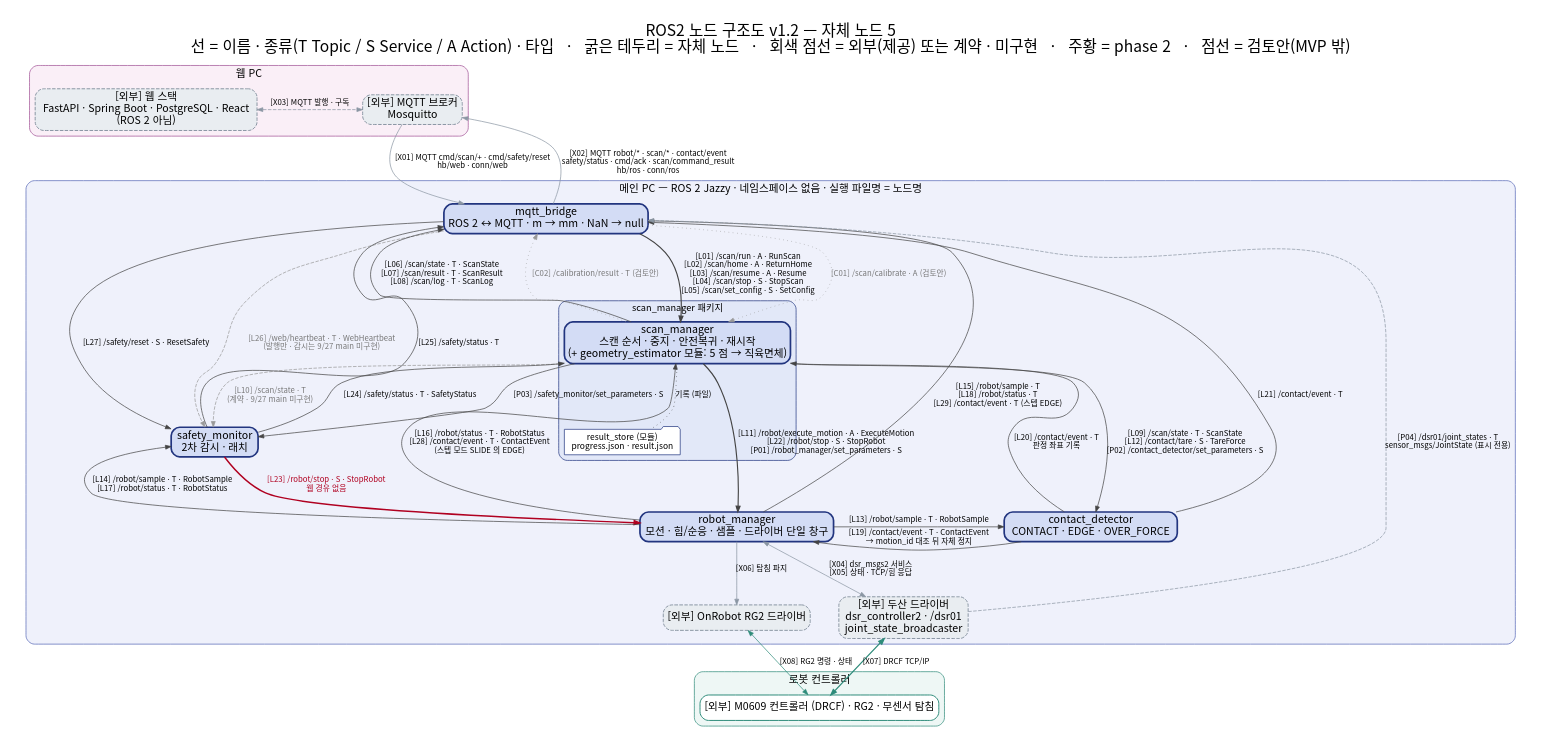
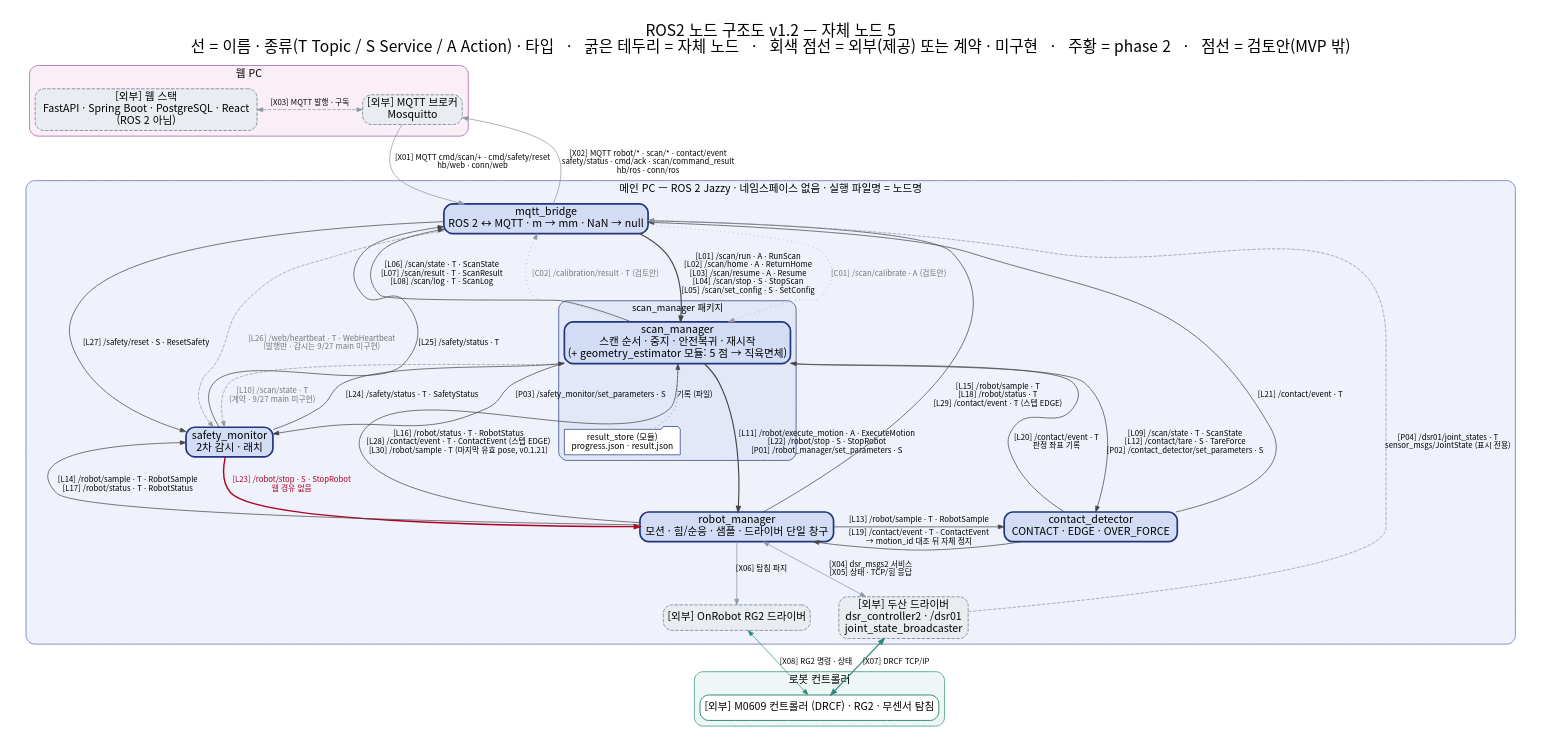
The diagram in docs/deliverables/06-node-graph-no-phase2.dot (yujh5537/rokey_cobot1_Weld-Made), drawn with Graphviz before and after one commit. The commit also changed 27 other files, not shown here.

```diff
--- a/docs/deliverables/06-node-graph-no-phase2.dot
+++ b/docs/deliverables/06-node-graph-no-phase2.dot
@@ -1,86 +1,86 @@
 // 06 ROS2 노드 구조도 v1.2 — 원본 텍스트. png 는 figures.py 가 dot 으로 만든다(phase 2 를 뺀 판도).
 // 출발: docs/design/contact-scan-node-diagram-v1.1.md · .drawio (40 선, 고치지 않음)
 // 근거: docs/contracts/ros-interfaces.md 2장(v0.1.15 스텝 모드 EDGE · v0.1.19~20 /dsr01/joint_states) · mqtt-schema.md 2장
 //       docs/phase2/weld-ros-interfaces.md 2장 · weld-mqtt-schema.md 1장 (계약 v0.2.0)
 // 선 라벨의 [L..] [P..] [X..] [C..] [W..] 는 06-node-graph.md 연결 표의 번호다. 같은 두 노드 사이의 같은 방향 선은 한 화살표에 모았다.
 digraph nodes {
   graph [rankdir=TB, fontname="Noto Sans CJK KR", fontsize=22, nodesep=0.55, ranksep=0.75, newrank=true, compound=true, pad=0.3, splines=true,
          label="ROS2 노드 구조도 v1.2 — 자체 노드 5\n선 = 이름 · 종류(T Topic / S Service / A Action) · 타입   ·   굵은 테두리 = 자체 노드   ·   회색 점선 = 외부(제공) 또는 계약 · 미구현   ·   주황 = phase 2   ·   점선 = 검토안(MVP 밖)", labelloc=t];
   node  [fontname="Noto Sans CJK KR", fontsize=15, shape=box, style="rounded,filled", fillcolor="#D3DCF5", color="#22357F", penwidth=2.4];
   edge  [fontname="Noto Sans CJK KR", fontsize=11, color="#444444", arrowsize=0.8];
 
   subgraph cluster_web {
     label="웹 PC"; style="rounded,filled"; fillcolor="#FAEFF7"; color="#A05195"; fontsize=15;
     webstack [label="[외부] 웹 스택\nFastAPI · Spring Boot · PostgreSQL · React\n(ROS 2 아님)", fillcolor="#E9EDF1", color="#8A96A3", style="rounded,filled,dashed", penwidth=1.4];
     broker   [label="[외부] MQTT 브로커\nMosquitto", fillcolor="#E9EDF1", color="#8A96A3", style="rounded,filled,dashed", penwidth=1.4];
   }
 
   subgraph cluster_main {
     label="메인 PC — ROS 2 Jazzy · 네임스페이스 없음 · 실행 파일명 = 노드명"; style="rounded,filled"; fillcolor="#EFF1FB"; color="#5566B5"; fontsize=15;
     bridge [label="mqtt_bridge\nROS 2 ↔ MQTT · m → mm · NaN → null"];
     subgraph cluster_sm {
       label="scan_manager 패키지"; style="rounded,filled"; fillcolor="#E2E8F8"; color="#22357F"; fontsize=13;
       sm    [label="scan_manager\n스캔 순서 · 중지 · 안전복귀 · 재시작\n(+ geometry_estimator 모듈: 5 점 → 직육면체)"];
       store [label="result_store (모듈)\nprogress.json · result.json", shape=folder, fillcolor="#FFFFFF", penwidth=1, fontsize=12];
     }
     saf  [label="safety_monitor\n2차 감시 · 래치"];
     cd   [label="contact_detector\nCONTACT · EDGE · OVER_FORCE"];
     rm   [label="robot_manager\n모션 · 힘/순응 · 샘플 · 드라이버 단일 창구"];
     dsr  [label="[외부] 두산 드라이버\ndsr_controller2 · /dsr01\njoint_state_broadcaster", fillcolor="#E9EDF1", color="#8A96A3", style="rounded,filled,dashed", penwidth=1.4];
     rg2d [label="[외부] OnRobot RG2 드라이버", fillcolor="#E9EDF1", color="#8A96A3", style="rounded,filled,dashed", penwidth=1.4];
   }
 
   subgraph cluster_robot {
     label="로봇 컨트롤러"; style="rounded,filled"; fillcolor="#EEF7F5"; color="#2E8B7A"; fontsize=15;
     ctrl [label="[외부] M0609 컨트롤러 (DRCF) · RG2 · 무센서 탐침", fillcolor="#FFFFFF", color="#2E8B7A", penwidth=1.4];
   }
 
   // ── 외부 · MQTT ──
   webstack -> broker [label="[X03] MQTT 발행 · 구독", dir=both, color="#8A96A3", style=dashed];
   broker -> bridge   [label="[X01] MQTT cmd/scan/+ · cmd/safety/reset\nhb/web · conn/web", color="#8A96A3"];
   bridge -> broker   [label="[X02] MQTT robot/* · scan/* · contact/event\nsafety/status · cmd/ack · scan/command_result\nhb/ros · conn/ros", color="#8A96A3"];
 
   // ── 명령 · 표시 (mqtt_bridge ↔ scan_manager) ──
   bridge -> sm [label="[L01] /scan/run · A · RunScan\n[L02] /scan/home · A · ReturnHome\n[L03] /scan/resume · A · Resume\n[L04] /scan/stop · S · StopScan\n[L05] /scan/set_config · S · SetConfig", penwidth=1.6];
   sm -> bridge [label="[L06] /scan/state · T · ScanState\n[L07] /scan/result · T · ScanResult\n[L08] /scan/log · T · ScanLog"];
   bridge -> sm [label="[C01] /scan/calibrate · A (검토안)", style=dotted, color="#999999", fontcolor="#777777"];
   sm -> bridge [label="[C02] /calibration/result · T (검토안)", style=dotted, color="#999999", fontcolor="#777777"];
 
   // ── scan_manager → 다른 노드 ──
   sm -> rm  [label="[L11] /robot/execute_motion · A · ExecuteMotion\n[L22] /robot/stop · S · StopRobot\n[P01] /robot_manager/set_parameters · S", penwidth=1.6];
   sm -> cd  [label="[L09] /scan/state · T · ScanState\n[L12] /contact/tare · S · TareForce\n[P02] /contact_detector/set_parameters · S"];
   sm -> saf [label="[P03] /safety_monitor/set_parameters · S"];
   sm -> saf [label="[L10] /scan/state · T\n(계약 · 9/27 main 미구현)", style=dashed, color="#999999", fontcolor="#777777"];
   sm -> store [label="기록 (파일)", style=dotted, arrowhead=none];
 
   // ── robot_manager → ──
   rm -> cd     [label="[L13] /robot/sample · T · RobotSample"];
   rm -> saf    [label="[L14] /robot/sample · T · RobotSample\n[L17] /robot/status · T · RobotStatus"];
-  rm -> sm     [label="[L16] /robot/status · T · RobotStatus\n[L28] /contact/event · T · ContactEvent\n(스텝 모드 SLIDE 의 EDGE)"];
+  rm -> sm     [label="[L16] /robot/status · T · RobotStatus\n[L28] /contact/event · T · ContactEvent (스텝 EDGE)\n[L30] /robot/sample · T (마지막 유효 pose, v0.1.21)"];
   rm -> bridge [label="[L15] /robot/sample · T\n[L18] /robot/status · T\n[L29] /contact/event · T (스텝 EDGE)"];
 
   // ── contact_detector → ──
   cd -> rm     [label="[L19] /contact/event · T · ContactEvent\n→ motion_id 대조 뒤 자체 정지"];
   cd -> sm     [label="[L20] /contact/event · T\n판정 좌표 기록"];
   cd -> bridge [label="[L21] /contact/event · T"];
 
   // ── safety_monitor ──
   saf -> rm     [label="[L23] /robot/stop · S · StopRobot\n웹 경유 없음", color="#B00020", fontcolor="#B00020", penwidth=2];
   saf -> sm     [label="[L24] /safety/status · T · SafetyStatus"];
   saf -> bridge [label="[L25] /safety/status · T"];
   bridge -> saf [label="[L27] /safety/reset · S · ResetSafety"];
   bridge -> saf [label="[L26] /web/heartbeat · T · WebHeartbeat\n(발행만 · 감시는 9/27 main 미구현)", style=dashed, color="#999999", fontcolor="#777777"];
 
   // ── 드라이버 · 컨트롤러 ──
   rm -> dsr     [label="[X04] dsr_msgs2 서비스\n[X05] 상태 · TCP/힘 응답", dir=both, color="#8A96A3"];
   rm -> rg2d    [label="[X06] 탐침 파지", color="#8A96A3"];
   dsr -> bridge [label="[P04] /dsr01/joint_states · T\nsensor_msgs/JointState (표시 전용)", color="#8A96A3", style=dashed];
   dsr -> ctrl   [label="[X07] DRCF TCP/IP", dir=both, color="#2E8B7A", penwidth=1.8];
   rg2d -> ctrl  [label="[X08] RG2 명령 · 상태", dir=both, color="#2E8B7A"];
 
   // ── phase 2 ──
 
   {rank=same; webstack; broker;}
   {rank=same; cd; rm;}
   {rank=same; dsr; rg2d;}
 }
```
